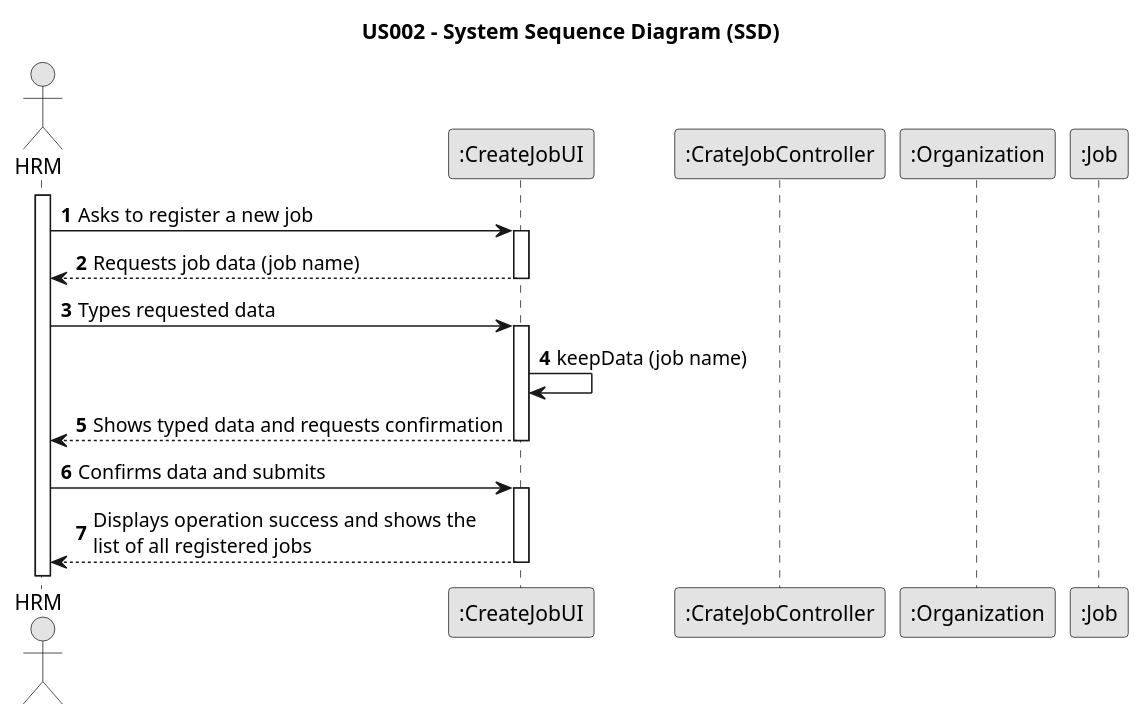
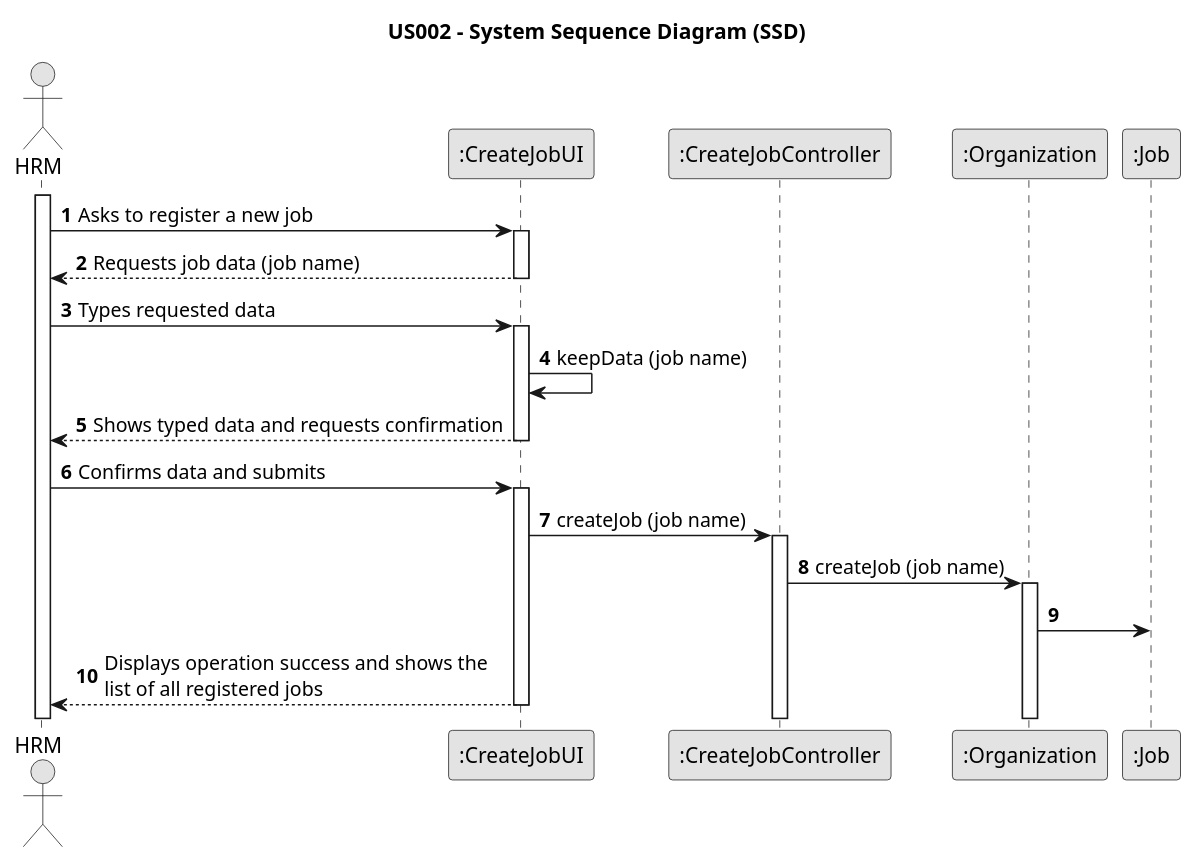
The diagram in docs/sprintB/us002/03.design/puml/us002-sequence-diagram.puml (Rui-San/LAPR2_2023_2024), drawn with PlantUML before and after one commit. The commit also changed 2 other files, not shown here.

```diff
--- a/docs/sprintB/us002/03.design/puml/us002-sequence-diagram.puml
+++ b/docs/sprintB/us002/03.design/puml/us002-sequence-diagram.puml
@@ -1,37 +1,54 @@
     @startuml
 skinparam monochrome true
 skinparam packageStyle rectangle
 skinparam shadowing false
 
 title US002 - System Sequence Diagram (SSD)
 
 autonumber
 
 actor "HRM" as Employee
 participant ":CreateJobUI" as CJU
-participant ":CrateJobController" as CJC
+participant ":CreateJobController" as CJC
 participant ":Organization" as ORG
 participant ":Job" as JOB
 
 activate Employee
 
     Employee -> CJU : Asks to register a new job
     activate CJU
 
         CJU --> Employee : Requests job data (job name)
     deactivate CJU
 
     Employee -> CJU : Types requested data
     activate CJU
     CJU -> CJU : keepData (job name)
 
         CJU --> Employee : Shows typed data and requests confirmation
     deactivate CJU
 
     Employee -> CJU : Confirms data and submits
     activate CJU
 
+    CJU -> CJC : createJob (job name)
+
+
+    activate CJC
+
+    CJC -> ORG : createJob (job name)
+
+
+
+    activate ORG
+
+    ORG -> JOB
+
+
+
+
+
         CJU --> Employee : Displays operation success and shows the \nlist of all registered jobs
     deactivate CJU
 
 @enduml
```
